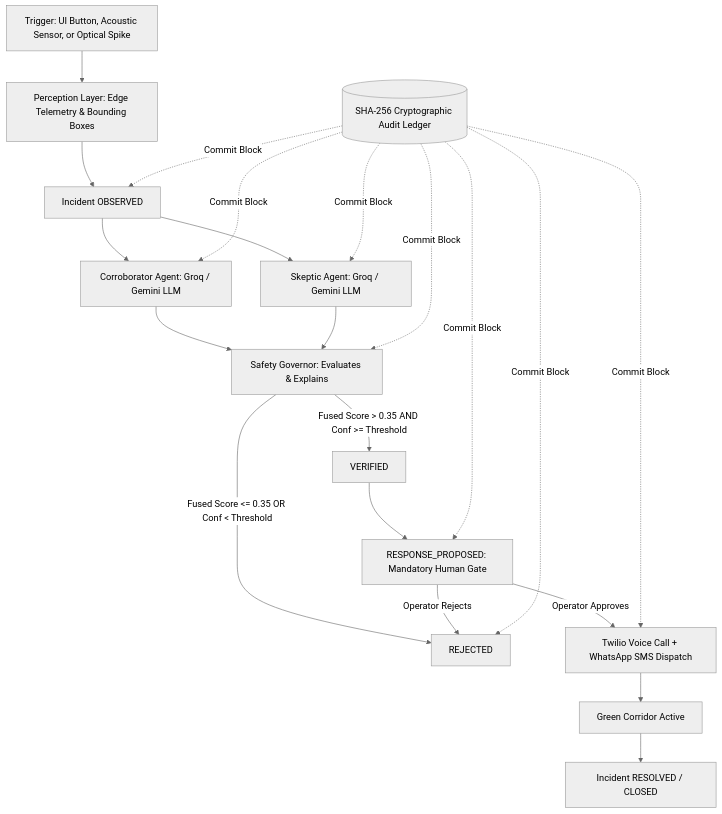
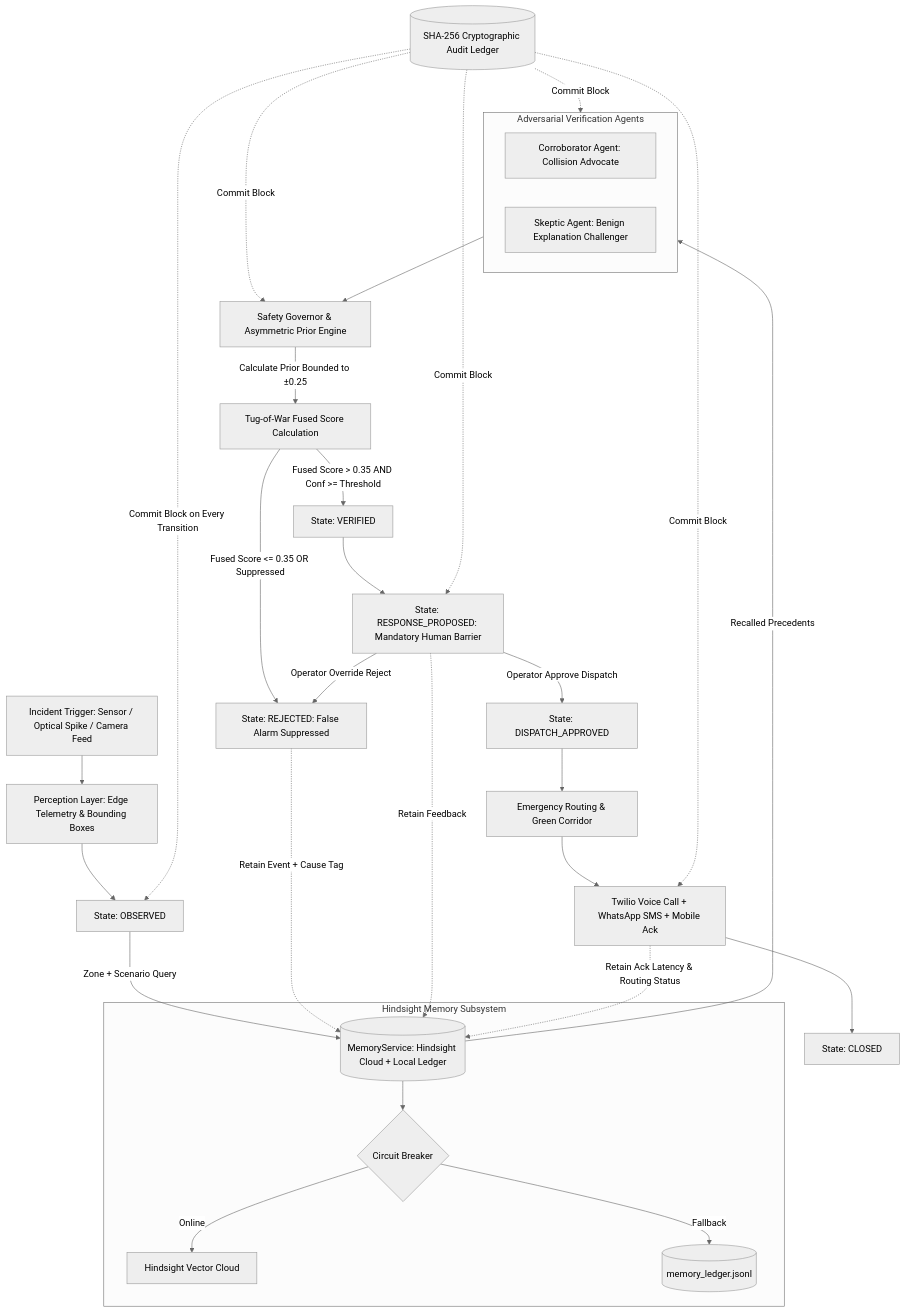
One commit to sujan-ak/pixel-perfect-pixels changed the diagram in ARCHITECTURE.md. Above: the diagram before and after it, drawn with Mermaid (neutral theme). The commit also changed other lines of this file and 10 other files, not shown here.

Commit message:
docs(memory): comprehensive README, RESPONSIBLE_AI, ARCHITECTURE, and 90s DEMO_SCRIPT

````diff
--- a/ARCHITECTURE.md
+++ b/ARCHITECTURE.md
@@ -9,24 +10,46 @@
 ```mermaid
 flowchart TD
-    A[Trigger: UI Button, Acoustic Sensor, or Optical Spike] --> B[Perception Layer: Edge Telemetry & Bounding Boxes]
-    B --> C[Incident OBSERVED]
-    C --> D[Corroborator Agent: Groq / Gemini LLM]
-    C --> E[Skeptic Agent: Groq / Gemini LLM]
-    D --> F[Safety Governor: Evaluates & Explains]
-    E --> F
-    F -->|Fused Score > 0.35 AND Conf >= Threshold| G[VERIFIED]
-    F -->|Fused Score <= 0.35 OR Conf < Threshold| H[REJECTED]
-    G --> I[RESPONSE_PROPOSED: Mandatory Human Gate]
-    I -->|Operator Approves| J[Twilio Voice Call + WhatsApp SMS Dispatch]
-    I -->|Operator Rejects| H
-    J --> K[Green Corridor Active]
-    K --> L[Incident RESOLVED / CLOSED]
-
-    M[(SHA-256 Cryptographic Audit Ledger)] -.->|Commit Block| C
-    M -.->|Commit Block| D
-    M -.->|Commit Block| E
-    M -.->|Commit Block| F
-    M -.->|Commit Block| I
-    M -.->|Commit Block| J
-    M -.->|Commit Block| H
+    Trigger[Incident Trigger: Sensor / Optical Spike / Camera Feed] --> Perception[Perception Layer: Edge Telemetry & Bounding Boxes]
+    Perception --> Obs[State: OBSERVED]
+    
+    subgraph MemoryLayer [Hindsight Memory Subsystem]
+        MemoryService[(MemoryService: Hindsight Cloud + Local Ledger)]
+        CircuitBreaker{Circuit Breaker}
+        MemoryService --> CircuitBreaker
+        CircuitBreaker -->|Online| CloudVector[Hindsight Vector Cloud]
+        CircuitBreaker -->|Fallback| LocalLedger[(memory_ledger.jsonl)]
+    end
+    
+    Obs -->|Zone + Scenario Query| MemoryService
+    MemoryService -->|Recalled Precedents| Agents
+    
+    subgraph Agents [Adversarial Verification Agents]
+        Corroborator[Corroborator Agent: Collision Advocate]
+        Skeptic[Skeptic Agent: Benign Explanation Challenger]
+    end
+    
+    Agents --> Gov[Safety Governor & Asymmetric Prior Engine]
+    Gov -->|Calculate Prior Bounded to ±0.25| Fused[Tug-of-War Fused Score Calculation]
+    
+    Fused -->|Fused Score <= 0.35 OR Suppressed| StateReject[State: REJECTED: False Alarm Suppressed]
+    Fused -->|Fused Score > 0.35 AND Conf >= Threshold| StateVerify[State: VERIFIED]
+    
+    StateVerify --> HumanGate[State: RESPONSE_PROPOSED: Mandatory Human Barrier]
+    
+    HumanGate -->|Operator Override Reject| StateReject
+    HumanGate -->|Operator Approve Dispatch| Approved[State: DISPATCH_APPROVED]
+    
+    Approved --> Coordination[Emergency Routing & Green Corridor]
+    Coordination --> Dispatched[Twilio Voice Call + WhatsApp SMS + Mobile Ack]
+    Dispatched --> Closed[State: CLOSED]
+    
+    StateReject -.->|Retain Event + Cause Tag| MemoryService
+    HumanGate -.->|Retain Feedback| MemoryService
+    Dispatched -.->|Retain Ack Latency & Routing Status| MemoryService
+    
+    AuditLedger[(SHA-256 Cryptographic Audit Ledger)] -.->|Commit Block on Every Transition| Obs
+    AuditLedger -.->|Commit Block| Agents
+    AuditLedger -.->|Commit Block| Gov
+    AuditLedger -.->|Commit Block| HumanGate
+    AuditLedger -.->|Commit Block| Dispatched
 ```
````
